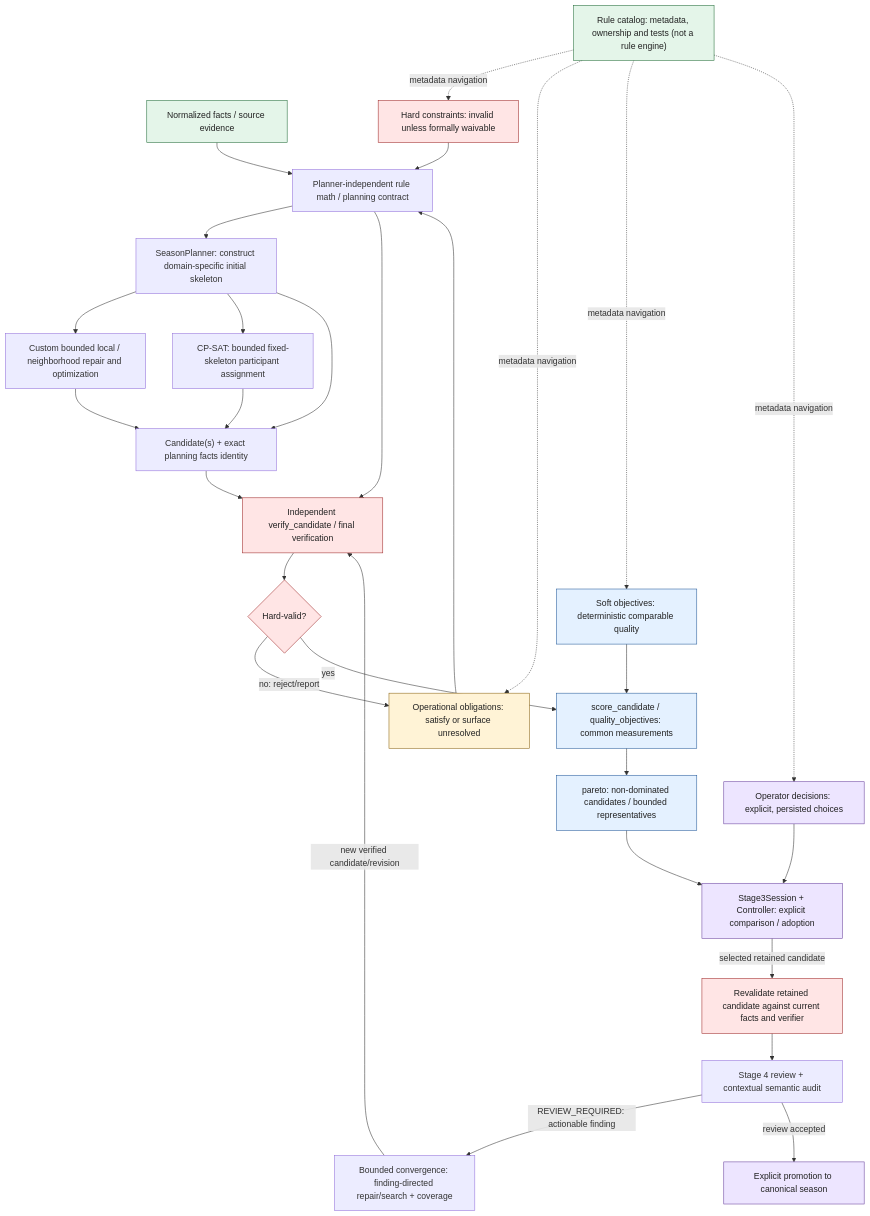
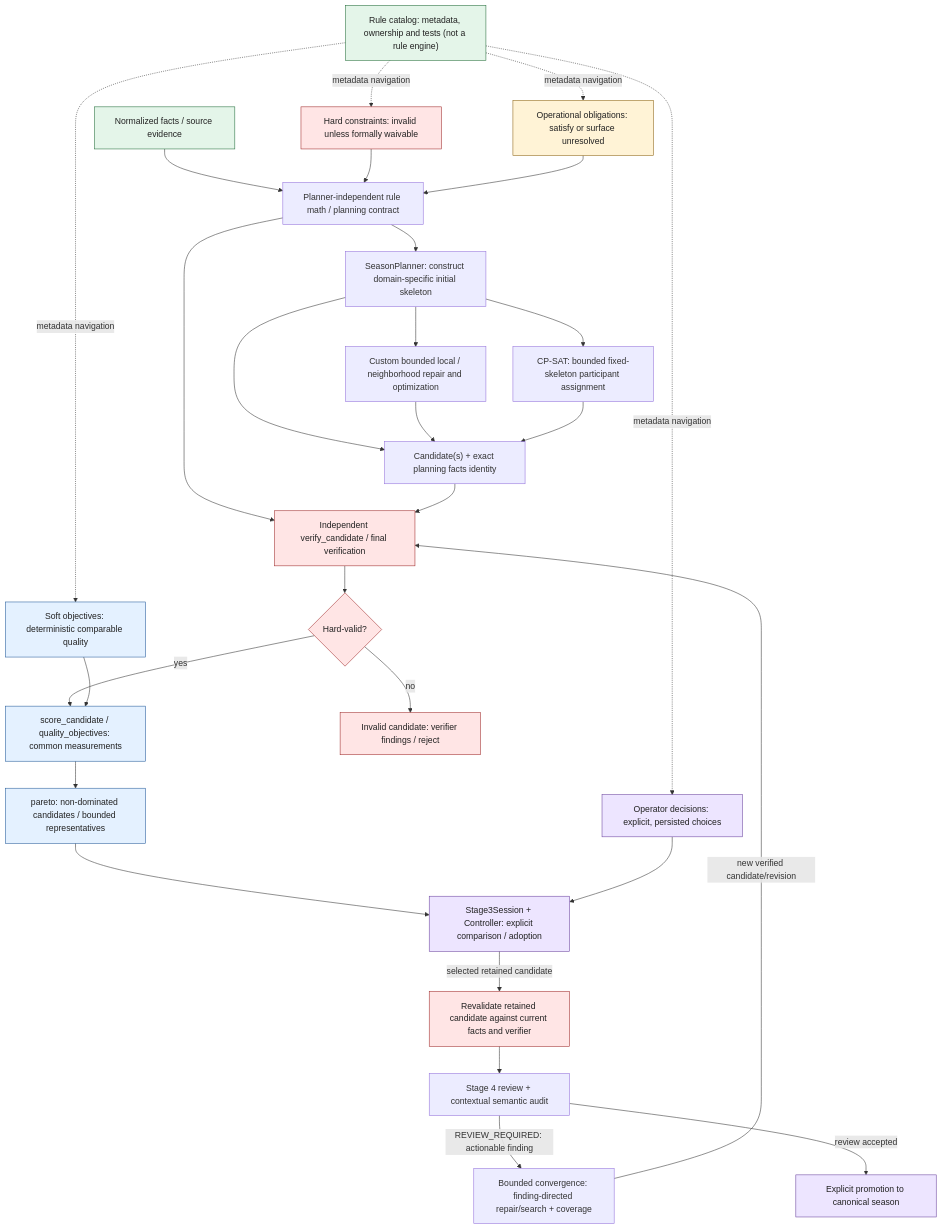
Before and after one commit to region-viken-vest-hockey/hockey: the second of 3 diagrams in docs/architecture/planning-model.md, drawn with Mermaid.

Commit message:
docs(#438): distinguish hard verification failure from obligations

````diff
--- a/docs/architecture/planning-model.md
+++ b/docs/architecture/planning-model.md
@@ -54,57 +54,58 @@
 ```mermaid
 flowchart TB
   CAT["Rule catalog: metadata, ownership and tests (not a rule engine)"]
   FACT["Normalized facts / source evidence"]
   HARD["Hard constraints: invalid unless formally waivable"]
   OBL["Operational obligations: satisfy or surface unresolved"]
   SOFT["Soft objectives: deterministic comparable quality"]
   OPD["Operator decisions: explicit, persisted choices"]
   MATH["Planner-independent rule math / planning contract"]
   BASE["SeasonPlanner: construct domain-specific initial skeleton"]
   LOCAL["Custom bounded local / neighborhood repair and optimization"]
   CPS["CP-SAT: bounded fixed-skeleton participant assignment"]
   CAND["Candidate(s) + exact planning facts identity"]
   VER["Independent verify_candidate / final verification"]
   VALID{"Hard-valid?"}
   MEAS["score_candidate / quality_objectives: common measurements"]
   FRONT["pareto: non-dominated candidates / bounded representatives"]
   SESSION["Stage3Session + Controller: explicit comparison / adoption"]
   RECHECK["Revalidate retained candidate against current facts and verifier"]
   AUDIT["Stage 4 review + contextual semantic audit"]
   CONV["Bounded convergence: finding-directed repair/search + coverage"]
   PROM["Explicit promotion to canonical season"]
   CAT -. "metadata navigation" .-> HARD
   CAT -. "metadata navigation" .-> OBL
   CAT -. "metadata navigation" .-> SOFT
   CAT -. "metadata navigation" .-> OPD
   FACT --> MATH
   HARD --> MATH
   OBL --> MATH
   MATH --> BASE
   BASE --> LOCAL
   BASE --> CPS
   BASE --> CAND
   LOCAL --> CAND
   CPS --> CAND
   MATH --> VER
   CAND --> VER --> VALID
-  VALID -->|"no: reject/report"| OBL
+  INVALID["Invalid candidate: verifier findings / reject"]
+  VALID -->|"no"| INVALID
   VALID -->|"yes"| MEAS
   SOFT --> MEAS
   MEAS --> FRONT --> SESSION
   OPD --> SESSION
   SESSION -->|"selected retained candidate"| RECHECK --> AUDIT
   AUDIT -->|"REVIEW_REQUIRED: actionable finding"| CONV
   CONV -->|"new verified candidate/revision"| VER
   AUDIT -->|"review accepted"| PROM
   classDef hard fill:#ffe5e5,stroke:#9e2929,color:#222
   classDef obligation fill:#fff3d6,stroke:#8b6210,color:#222
   classDef soft fill:#e4f1ff,stroke:#245a99,color:#222
   classDef decision fill:#ede5ff,stroke:#69419d,color:#222
   classDef evidence fill:#e4f5e9,stroke:#236d3a,color:#222
-  class HARD,VER,VALID,RECHECK hard
+  class HARD,VER,VALID,INVALID,RECHECK hard
   class OBL obligation
   class SOFT,MEAS,FRONT soft
   class OPD,SESSION,PROM decision
   class FACT,CAT evidence
 ```
````
